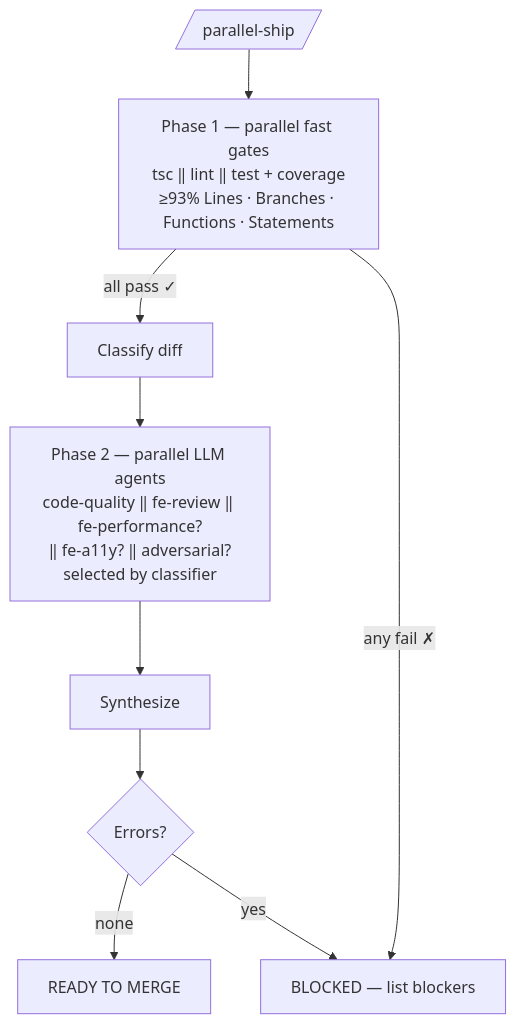
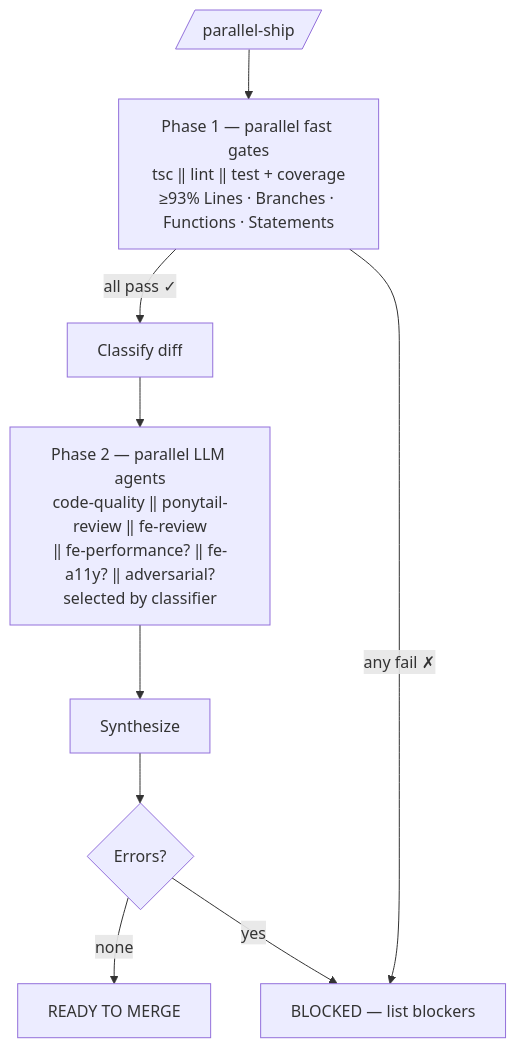
The third of 10 diagrams in README.md (raditia/CraftKit), drawn with Mermaid before and after one commit. The commit also changed other lines of this file and 20 other files, not shown here.

First line of the commit message:
feat(agents): ponytail-review auto over-engineering guard + cheapest reconcile (v1.16.0)

````diff
--- a/README.md
+++ b/README.md
@@ -239,11 +227,11 @@
 ```mermaid
 flowchart TD
     A[/parallel-ship/] --> B["Phase 1 — parallel fast gates\ntsc ‖ lint ‖ test + coverage\n≥93% Lines · Branches · Functions · Statements"]
     B -->|all pass ✓| C[Classify diff]
-    C --> D["Phase 2 — parallel LLM agents\ncode-quality ‖ fe-review ‖ fe-performance?\n‖ fe-a11y? ‖ adversarial?\nselected by classifier"]
+    C --> D["Phase 2 — parallel LLM agents\ncode-quality ‖ ponytail-review ‖ fe-review\n‖ fe-performance? ‖ fe-a11y? ‖ adversarial?\nselected by classifier"]
     D --> E[Synthesize]
     E --> F{Errors?}
     F -->|none| G[READY TO MERGE]
     F -->|yes| H[BLOCKED — list blockers]
     B -->|any fail ✗| H
 ```
````
